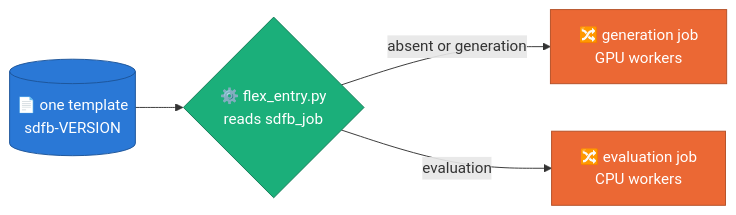
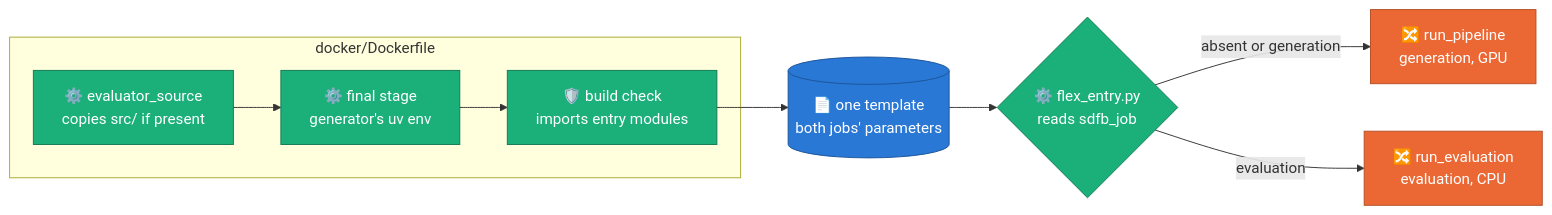
One commit to albertols/synthetic-llm-dataflow-bigquery changed the second of 2 diagrams in packages/sdfb-evaluation/README.md. Above: the diagram before and after it, drawn with Mermaid. The commit also changed other lines of this file and 51 other files, not shown here.

First line of the commit message:
fix(evaluation): ship it in the DSG copy, one image and template, docs for a first reader (#33)

````diff
--- a/packages/sdfb-evaluation/README.md
+++ b/packages/sdfb-evaluation/README.md
@@ -331,11 +67,18 @@
 ```mermaid
 flowchart LR
   classDef beam  fill:#eb6834,color:#fff,stroke:#b44f26
   classDef cpu   fill:#1baf7a,color:#fff,stroke:#127a55
   classDef store fill:#2a78d6,color:#fff,stroke:#1d5599
-  classDef data  fill:#6b7280,color:#fff,stroke:#4b5563
 
-  T[("📄 one template<br/>sdfb-VERSION")]:::store --> E{"⚙️ flex_entry.py<br/>reads sdfb_job"}:::cpu
-  E -- "absent or generation" --> G["🔀 generation job<br/>GPU workers"]:::beam
-  E -- "evaluation" --> V["🔀 evaluation job<br/>CPU workers"]:::beam
+  subgraph IMG["docker/Dockerfile"]
+    S["⚙️ evaluator_source<br/>copies src/ if present"]:::cpu --> F["⚙️ final stage<br/>generator's uv env"]:::cpu --> C["🛡️ build check<br/>imports entry modules"]:::cpu
+  end
+  T[("📄 one template<br/>both jobs' parameters")]:::store
+  E{"⚙️ flex_entry.py<br/>reads sdfb_job"}:::cpu
+  G["🔀 run_pipeline<br/>generation, GPU"]:::beam
+  V["🔀 run_evaluation<br/>evaluation, CPU"]:::beam
+
+  C --> T --> E
+  E -- "absent or generation" --> G
+  E -- "evaluation" --> V
 ```
````
